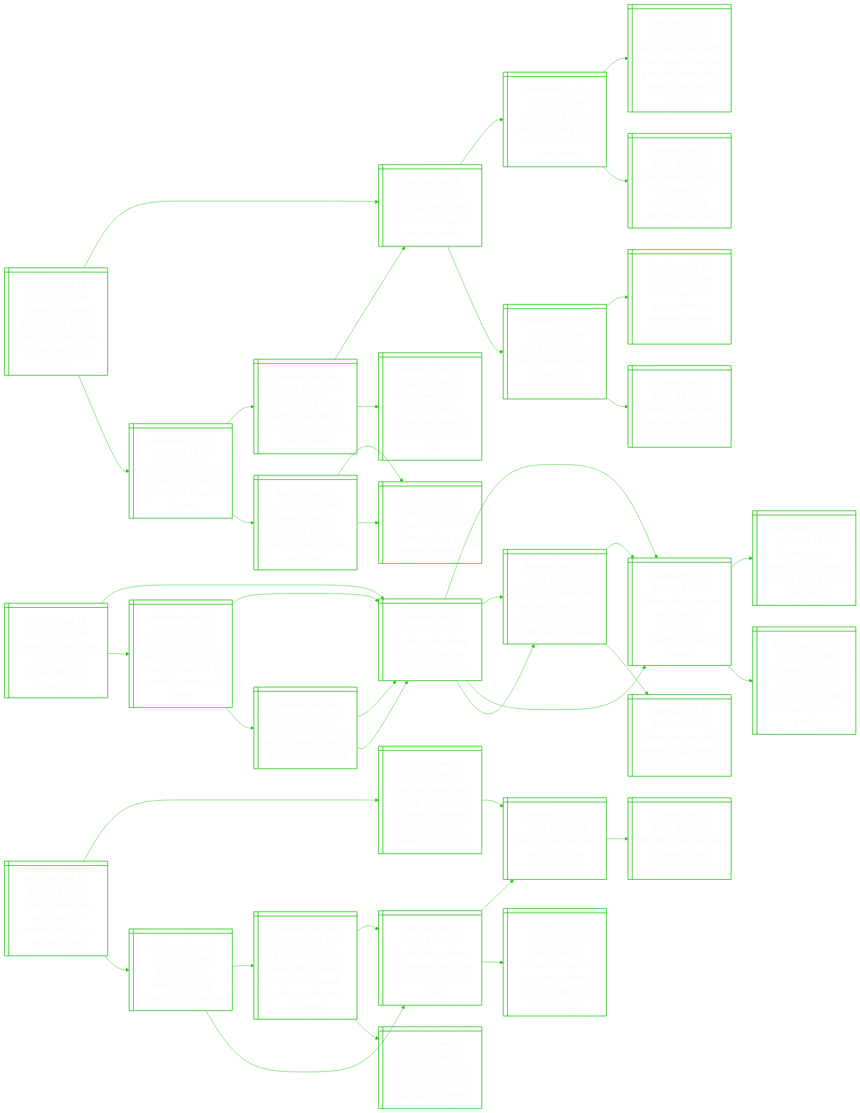
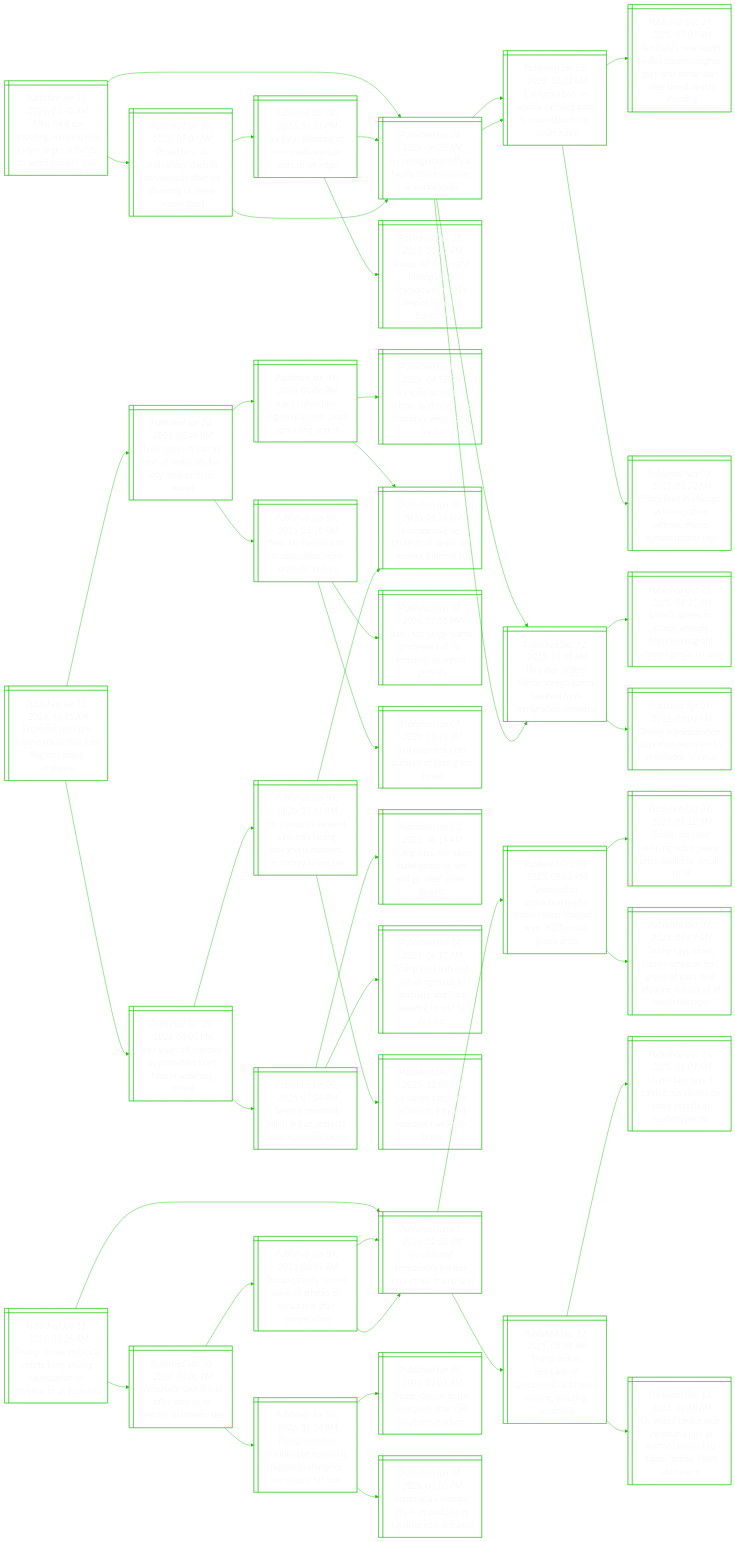
The diagram in README.md (notJmes/notJmes), drawn with Mermaid before and after one commit. The commit also changed other lines of this file, not shown here.

````diff
--- a/README.md
+++ b/README.md
@@ -16,8 +16,8 @@
 flowchart LR
 classDef txtsize font-size:20px;
 
-Scaasodsiaaoecd@{ shape: win-pane, label: "_Published Jan 10, 2026, 11:11 PM_
-Suspect detained after six shot dead in mississippi, say us law enforcement, local media" }
+AfIogeioeisoua@{ shape: win-pane, label: "_Published Jan 11, 2026, 03:40 AM_
+After fatal ice shooting, minneapolis mayor urges activists to avoid trump’s ‘bait’" }
 UiifflomMas@{ shape: win-pane, label: "_Published Jan 08, 2026, 06:35 AM_
 Us immigration officer fatally shoots woman in minneapolis" }
 Coboyyuustlts@{ shape: win-pane, label: "_Published Jan 03, 2026, 10:23 AM_
@@ -32,114 +32,126 @@
 Liberia agrees to accept wrongly deported migrant abrego garcia, us says" }
 Taitanrolrr@{ shape: win-pane, label: "_Published Apr 01, 2025, 09:02 PM_
 Trump administration says man deported to el salvador ‘in error’" }
-Teoglechitrj@{ shape: win-pane, label: "_Published Jan 08, 2026, 01:11 PM_
-Two die in shooting at salt lake city church parking lot, several injured" }
-IogVmeldmded@{ shape: win-pane, label: "_Published Jan 08, 2026, 10:23 AM_
-Ice shooting in us: victim renee nicole good remembered for her kindness" }
+PsUhiaMasrhneiG@{ shape: win-pane, label: "_Published Jan 09, 2026, 07:04 AM_
+Protesters, us authorities clash in minneapolis after ice shooting of renee nicole good" }
+Itogntase@{ shape: win-pane, label: "_Published Jan 08, 2026, 06:11 PM_
+Ice fatal shooting of minnesota woman puts us on edge" }
 UiifflomMas@{ shape: win-pane, label: "_Published Jan 08, 2026, 06:35 AM_
 Us immigration officer fatally shoots woman in minneapolis" }
-Uroespidyicrr@{ shape: win-pane, label: "_Published Dec 24, 2025, 06:14 AM_
-Us supreme court rejects trump’s military deployment in chicago area, for now" }
-Bcstildcsmr@{ shape: win-pane, label: "_Published Jan 07, 2026, 08:57 AM_
-Brown campus shooter said he plotted attack for ‘six semesters’" }
-GoereBUr@{ shape: win-pane, label: "_Published Dec 15, 2025, 02:06 PM_
-Gunshots, then 12 hours of fear at brown university" }
-GoereBUr@{ shape: win-pane, label: "_Published Dec 15, 2025, 02:06 PM_
-Gunshots, then 12 hours of fear at brown university" }
+Tsedgocnsbnk@{ shape: win-pane, label: "_Published Dec 21, 2025, 07:31 PM_
+Trump set to expand immigration crackdown in 2026 despite brewing backlash" }
+UiifflomMas@{ shape: win-pane, label: "_Published Jan 08, 2026, 06:35 AM_
+Us immigration officer fatally shoots woman in minneapolis" }
+Coboyyuustlts@{ shape: win-pane, label: "_Published Jan 03, 2026, 10:23 AM_
+California ban on openly carrying guns is unconstitutional, court rules" }
+UgelbGaarmtei@{ shape: win-pane, label: "_Published Dec 12, 2025, 12:45 AM_
+Us judge orders kilmar abrego garcia released from immigration detention" }
 
-Scaasodsiaaoecd:::txtsize --> UiifflomMas:::txtsize
+AfIogeioeisoua:::txtsize --> UiifflomMas:::txtsize
 UiifflomMas:::txtsize --> Coboyyuustlts:::txtsize
 Coboyyuustlts:::txtsize --> AaNulsornratnaog:::txtsize
 Coboyyuustlts:::txtsize --> SfictgoiTaita:::txtsize
 UiifflomMas:::txtsize --> UgelbGaarmtei:::txtsize
 UgelbGaarmtei:::txtsize --> LieatgpdaraUs:::txtsize
 UgelbGaarmtei:::txtsize --> Taitanrolrr:::txtsize
-Scaasodsiaaoecd:::txtsize --> Teoglechitrj:::txtsize
-Teoglechitrj:::txtsize --> IogVmeldmded:::txtsize
-IogVmeldmded:::txtsize --> UiifflomMas:::txtsize
-IogVmeldmded:::txtsize --> Uroespidyicrr:::txtsize
-Teoglechitrj:::txtsize --> Bcstildcsmr:::txtsize
-Bcstildcsmr:::txtsize --> GoereBUr:::txtsize
-Bcstildcsmr:::txtsize --> GoereBUr:::txtsize
+AfIogeioeisoua:::txtsize --> PsUhiaMasrhneiG:::txtsize
+PsUhiaMasrhneiG:::txtsize --> Itogntase:::txtsize
+Itogntase:::txtsize --> UiifflomMas:::txtsize
+Itogntase:::txtsize --> Tsedgocnsbnk:::txtsize
+PsUhiaMasrhneiG:::txtsize --> UiifflomMas:::txtsize
+UiifflomMas:::txtsize --> Coboyyuustlts:::txtsize
+UiifflomMas:::txtsize --> UgelbGaarmtei:::txtsize
 
-NenarwhnOaa@{ shape: win-pane, label: "_Published Jan 10, 2026, 11:10 PM_
-Nestle’s tainted baby formula woes challenge ceo’s revamp plan" }
-NelfoavEeue@{ shape: win-pane, label: "_Published Jan 06, 2026, 10:16 AM_
-Nestle recalls infant formula in several european countries" }
-Grsteeiorncna@{ shape: win-pane, label: "_Published Feb 17, 2025, 11:54 PM_
-Gerber baby snack to be recalled in singapore for potential choking hazard" }
-wtpcliuhasa@{ shape: win-pane, label: "_Published Feb 11, 2025, 06:35 PM_
-2 weight-loss products sold online found to have banned substances" }
-Sdeodopcrionlce@{ shape: win-pane, label: "_Published Feb 07, 2025, 11:55 PM_
-Sfa orders recall of food seasoning products for possibly containing plastic pieces" }
-lfabmeeSrnuoess@{ shape: win-pane, label: "_Published Nov 09, 2025, 02:18 PM_
-2 lots of byheart baby formula recalled in us after infant botulism outbreak in 10 states" }
-Grsteeiorncna@{ shape: win-pane, label: "_Published Feb 17, 2025, 11:54 PM_
-Gerber baby snack to be recalled in singapore for potential choking hazard" }
-FrellSSsrith@{ shape: win-pane, label: "_Published Oct 14, 2024, 11:45 AM_
-Fisher-price recalls 2 million ‘snuga swings’ after five infant deaths" }
-SolassAardpbeex@{ shape: win-pane, label: "_Published Jan 08, 2026, 10:35 PM_
-Sfa stops sale of 5 batches of nestle nan infant formula due to possible presence of toxin" }
-NelfoavEeue@{ shape: win-pane, label: "_Published Jan 06, 2026, 10:16 AM_
-Nestle recalls infant formula in several european countries" }
-Grsteeiorncna@{ shape: win-pane, label: "_Published Feb 17, 2025, 11:54 PM_
-Gerber baby snack to be recalled in singapore for potential choking hazard" }
-lfabmeeSrnuoess@{ shape: win-pane, label: "_Published Nov 09, 2025, 02:18 PM_
-2 lots of byheart baby formula recalled in us after infant botulism outbreak in 10 states" }
-Nenmewsrhrai@{ shape: win-pane, label: "_Published Jan 08, 2026, 06:25 AM_
-Nestle infant formula recall widens to africa, the americas and asia" }
-NelfoavEeue@{ shape: win-pane, label: "_Published Jan 06, 2026, 10:16 AM_
-Nestle recalls infant formula in several european countries" }
-NelfoavEeue@{ shape: win-pane, label: "_Published Jan 06, 2026, 10:16 AM_
-Nestle recalls infant formula in several european countries" }
+Psuemviagnmy@{ shape: win-pane, label: "_Published Jan 11, 2026, 03:15 AM_
+Protester puts pre-islamic revolution iran flag on london embassy" }
+Nlinnalcessd@{ shape: win-pane, label: "_Published Jan 10, 2026, 05:44 PM_
+New rallies in iran as son of shah calls for city centres to be seized" }
+Irslicssdn@{ shape: win-pane, label: "_Published Jan 09, 2026, 01:06 PM_
+Iran’s rulers face legitimacy crisis amid spreading unrest" }
+Iaoirceptecd@{ shape: win-pane, label: "_Published Jan 04, 2026, 04:52 PM_
+Iranians protest in tehran as clashes grip country’s west: local media" }
+Iaerteoune@{ shape: win-pane, label: "_Published Jan 09, 2026, 06:26 AM_
+Iranians step up protests as death toll mounts, internet cut" }
+Nahaptrrti@{ shape: win-pane, label: "_Published Jan 08, 2026, 05:30 PM_
+New clashes hit iran as opposition urges protests, strikes" }
+Itdroeniaers@{ shape: win-pane, label: "_Published Jan 07, 2026, 07:51 PM_
+Iran’s top judge warns protesters of ‘no leniency’ as unrest persists" }
+Ixeaepfr@{ shape: win-pane, label: "_Published Jan 07, 2026, 01:10 PM_
+Iran executes man accused of spying for israel" }
+Ihfeatrreine@{ shape: win-pane, label: "_Published Jan 09, 2026, 06:01 PM_
+Iran shuts off internet as protesters start fires in widening unrest" }
+Saokdatocis@{ shape: win-pane, label: "_Published Jan 01, 2026, 07:34 PM_
+Several reported killed in iran protests over economic woes" }
+Tsrseeworre@{ shape: win-pane, label: "_Published Jun 22, 2025, 08:14 AM_
+Trump says iran must make peace or ‘we will go after’ other targets" }
+Tsrdeecedletdr@{ shape: win-pane, label: "_Published Jun 24, 2025, 06:17 AM_
+Trump says iran and israel agree to a ‘complete and total’ ceasefire to end 12-day war" }
+Uaseynncueoiu@{ shape: win-pane, label: "_Published Jan 09, 2026, 05:41 AM_
+Us treasury’s bessent says iran facing precarious moment, economy in trouble" }
+Uunnaoanlpr@{ shape: win-pane, label: "_Published Dec 31, 2025, 12:09 AM_
+Us issues sanctions related to iran and venezuela weapons trade" }
+Iaerteoune@{ shape: win-pane, label: "_Published Jan 09, 2026, 06:26 AM_
+Iranians step up protests as death toll mounts, internet cut" }
 
-NenarwhnOaa:::txtsize --> NelfoavEeue:::txtsize
-NelfoavEeue:::txtsize --> Grsteeiorncna:::txtsize
-Grsteeiorncna:::txtsize --> wtpcliuhasa:::txtsize
-Grsteeiorncna:::txtsize --> Sdeodopcrionlce:::txtsize
-NelfoavEeue:::txtsize --> lfabmeeSrnuoess:::txtsize
-lfabmeeSrnuoess:::txtsize --> Grsteeiorncna:::txtsize
-lfabmeeSrnuoess:::txtsize --> FrellSSsrith:::txtsize
-NenarwhnOaa:::txtsize --> SolassAardpbeex:::txtsize
-SolassAardpbeex:::txtsize --> NelfoavEeue:::txtsize
-NelfoavEeue:::txtsize --> Grsteeiorncna:::txtsize
-NelfoavEeue:::txtsize --> lfabmeeSrnuoess:::txtsize
-SolassAardpbeex:::txtsize --> Nenmewsrhrai:::txtsize
-Nenmewsrhrai:::txtsize --> NelfoavEeue:::txtsize
-Nenmewsrhrai:::txtsize --> NelfoavEeue:::txtsize
+Psuemviagnmy:::txtsize --> Nlinnalcessd:::txtsize
+Nlinnalcessd:::txtsize --> Irslicssdn:::txtsize
+Irslicssdn:::txtsize --> Iaoirceptecd:::txtsize
+Irslicssdn:::txtsize --> Iaerteoune:::txtsize
+Nlinnalcessd:::txtsize --> Nahaptrrti:::txtsize
+Nahaptrrti:::txtsize --> Itdroeniaers:::txtsize
+Nahaptrrti:::txtsize --> Ixeaepfr:::txtsize
+Psuemviagnmy:::txtsize --> Ihfeatrreine:::txtsize
+Ihfeatrreine:::txtsize --> Saokdatocis:::txtsize
+Saokdatocis:::txtsize --> Tsrseeworre:::txtsize
+Saokdatocis:::txtsize --> Tsrdeecedletdr:::txtsize
+Ihfeatrreine:::txtsize --> Uaseynncueoiu:::txtsize
+Uaseynncueoiu:::txtsize --> Uunnaoanlpr:::txtsize
+Uaseynncueoiu:::txtsize --> Iaerteoune:::txtsize
 
-Ycevtfnotoan@{ shape: win-pane, label: "_Published Jan 10, 2026, 11:06 PM_
-Yemen completes evacuation of stranded tourists on socotra island" }
-Spnngiteeidrgint@{ shape: win-pane, label: "_Published Jan 05, 2026, 02:49 PM_
-Singaporean woman among 420 tourists stranded on yemeni island amid rising tensions in country" }
-Ulrraster@{ shape: win-pane, label: "_Published Jan 03, 2026, 05:40 PM_
-Uae calls for restraint amid escalating yemen crisis" }
-Rhsoenntals@{ shape: win-pane, label: "_Published Jan 03, 2026, 03:20 PM_
-Riyadh urges dialogue between yemeni factions amid clashes" }
-Yssagdsdn@{ shape: win-pane, label: "_Published Jan 10, 2026, 08:06 PM_
-Yemen’s main separatist group denies it is disbanding" }
-EihaiYayaraene@{ shape: win-pane, label: "_Published Jan 08, 2026, 11:41 PM_
-Explainer: what’s happening in yemen, and why are saudi arabia and the uae involved?" }
-Slaosnrteinh@{ shape: win-pane, label: "_Published Jan 08, 2026, 12:36 PM_
-Saudi-led coalition says yemen separatist leader arrives in abu dhabi" }
-tsuidihdYfi@{ shape: win-pane, label: "_Published Jan 05, 2026, 09:04 PM_
-400 tourists stuck on island as flights halted over yemen fighting" }
-Slaosnrteinh@{ shape: win-pane, label: "_Published Jan 08, 2026, 12:36 PM_
-Saudi-led coalition says yemen separatist leader arrives in abu dhabi" }
-Ulrraster@{ shape: win-pane, label: "_Published Jan 03, 2026, 05:40 PM_
-Uae calls for restraint amid escalating yemen crisis" }
-FfnrteporsSUnse@{ shape: win-pane, label: "_Published Jan 07, 2026, 12:36 PM_
-Fate of yemen separatist leader deepens southern crisis as saudi-uae tensions linger" }
+Tmtcrozeeiencs@{ shape: win-pane, label: "_Published Jan 11, 2026, 02:28 AM_
+Trump moves to block courts from seizing venezuelan oil revenue in us accounts" }
+UtVuMorkms@{ shape: win-pane, label: "_Published Jan 03, 2026, 02:58 PM_
+Us captured venezuela’s maduro after strike, trump says" }
+Vuoilranhibai@{ shape: win-pane, label: "_Published Oct 10, 2025, 05:02 PM_
+Venezuelan opposition leader maria corina machado wins 2025 nobel peace prize" }
+TsonoeroelS@{ shape: win-pane, label: "_Published Oct 01, 2025, 05:12 AM_
+Trump says not winning nobel peace prize would be ‘insult’ to us" }
+TssHaossaaorslaoe@{ shape: win-pane, label: "_Published Oct 09, 2025, 05:09 AM_
+Trump says israel, hamas agree on first phase of gaza deal, allowing release of all israeli hostages" }
+Toskftdasitgz@{ shape: win-pane, label: "_Published Dec 17, 2025, 08:34 AM_
+Trump orders blockade of sanctioned oil tankers leaving, entering venezuela" }
+Uistitktvlanf@{ shape: win-pane, label: "_Published Dec 16, 2025, 11:09 AM_
+Us military says it carried out strikes on three vessels in eastern pacific" }
+Uznenltrwtphoon@{ shape: win-pane, label: "_Published Dec 13, 2025, 11:10 AM_
+Us seized tanker near venezuela just as warrant was set to expire, shows court document" }
+Vuaiaittiai@{ shape: win-pane, label: "_Published Jan 10, 2026, 01:00 PM_
+Venezuela says it is in talks with us to restore diplomatic ties" }
+Tshduvsmhoeao@{ shape: win-pane, label: "_Published Jan 05, 2026, 01:14 AM_
+Trump snatches maduro but leaves his regime in charge of venezuela for now" }
+TsSnzaraeu@{ shape: win-pane, label: "_Published Jan 04, 2026, 01:05 AM_
+Trump says us to run venezuela after raid captures maduro" }
+VuMoiuyytdn@{ shape: win-pane, label: "_Published Jan 04, 2026, 07:03 PM_
+Venezuela’s maduro sits in us custody as loyalists vow defiance" }
+Tclovtsnlepi@{ shape: win-pane, label: "_Published Jan 09, 2026, 06:31 PM_
+Trump cancels second wave of attacks on venezuela after cooperation" }
+UtVuMorkms@{ shape: win-pane, label: "_Published Jan 03, 2026, 02:58 PM_
+Us captured venezuela’s maduro after strike, trump says" }
+UtVuMorkms@{ shape: win-pane, label: "_Published Jan 03, 2026, 02:58 PM_
+Us captured venezuela’s maduro after strike, trump says" }
 
-Ycevtfnotoan:::txtsize --> Spnngiteeidrgint:::txtsize
-Spnngiteeidrgint:::txtsize --> Ulrraster:::txtsize
-Ulrraster:::txtsize --> Rhsoenntals:::txtsize
-Ycevtfnotoan:::txtsize --> Yssagdsdn:::txtsize
-Yssagdsdn:::txtsize --> EihaiYayaraene:::txtsize
-EihaiYayaraene:::txtsize --> Slaosnrteinh:::txtsize
-EihaiYayaraene:::txtsize --> tsuidihdYfi:::txtsize
-Yssagdsdn:::txtsize --> Slaosnrteinh:::txtsize
-Slaosnrteinh:::txtsize --> Ulrraster:::txtsize
-Slaosnrteinh:::txtsize --> FfnrteporsSUnse:::txtsize
+Tmtcrozeeiencs:::txtsize --> UtVuMorkms:::txtsize
+UtVuMorkms:::txtsize --> Vuoilranhibai:::txtsize
+Vuoilranhibai:::txtsize --> TsonoeroelS:::txtsize
+Vuoilranhibai:::txtsize --> TssHaossaaorslaoe:::txtsize
+UtVuMorkms:::txtsize --> Toskftdasitgz:::txtsize
+Toskftdasitgz:::txtsize --> Uistitktvlanf:::txtsize
+Toskftdasitgz:::txtsize --> Uznenltrwtphoon:::txtsize
+Tmtcrozeeiencs:::txtsize --> Vuaiaittiai:::txtsize
+Vuaiaittiai:::txtsize --> Tshduvsmhoeao:::txtsize
+Tshduvsmhoeao:::txtsize --> TsSnzaraeu:::txtsize
+Tshduvsmhoeao:::txtsize --> VuMoiuyytdn:::txtsize
+Vuaiaittiai:::txtsize --> Tclovtsnlepi:::txtsize
+Tclovtsnlepi:::txtsize --> UtVuMorkms:::txtsize
+Tclovtsnlepi:::txtsize --> UtVuMorkms:::txtsize
 
 ```
````
